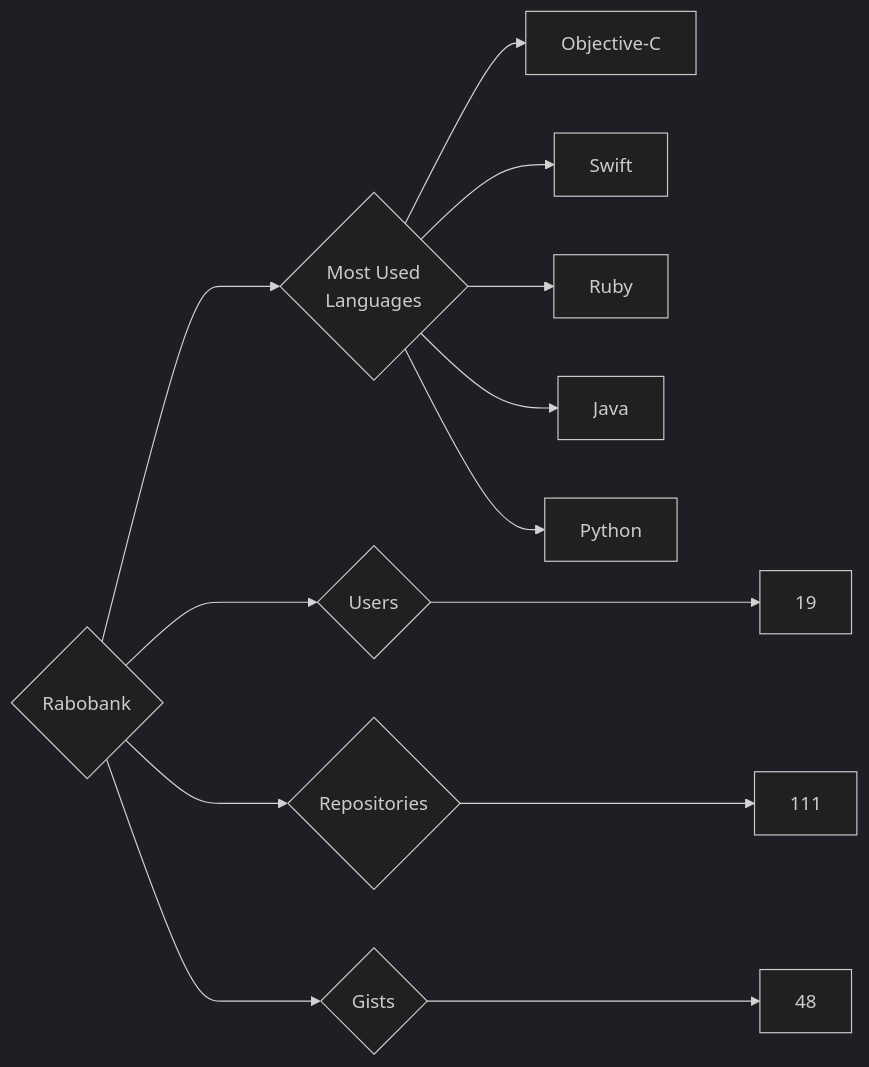
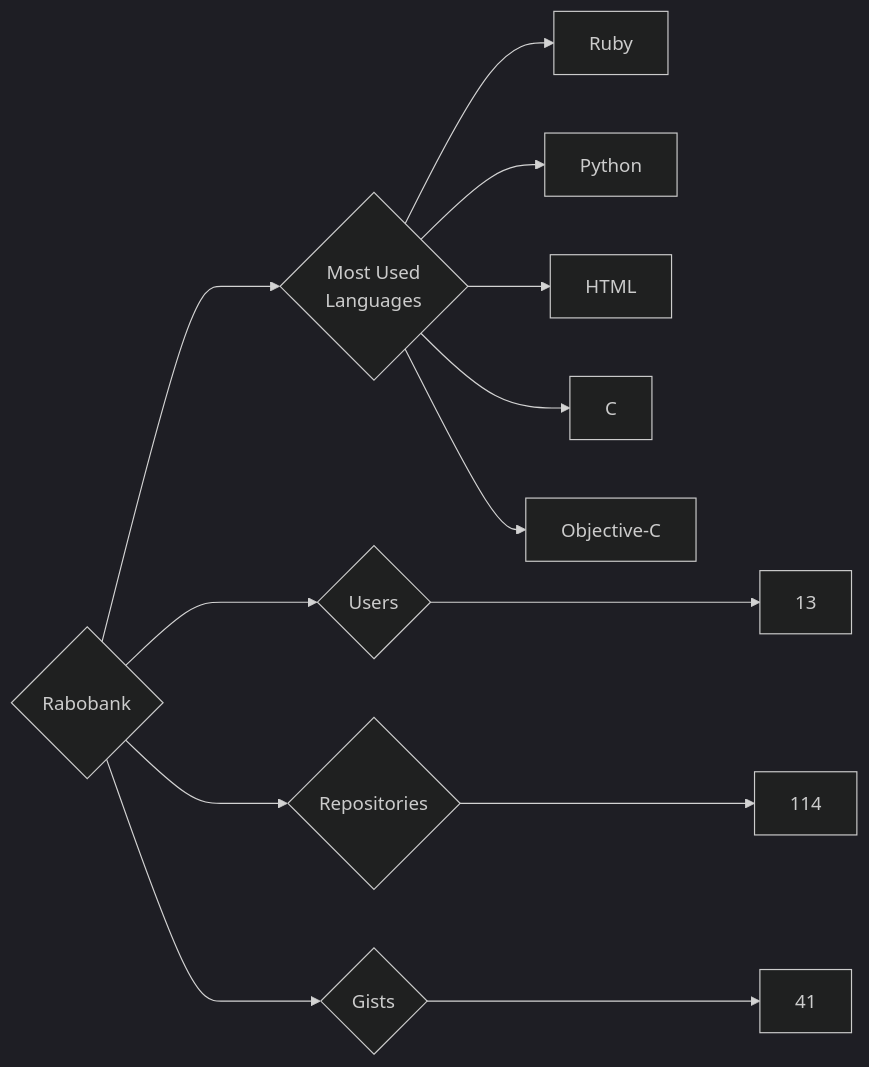
The diagram in targets/Rabobank/README.md (trickest/insiders), drawn with Mermaid (dark theme) before and after one commit. The commit also changed 912 other files, not shown here.

````diff
--- a/targets/Rabobank/README.md
+++ b/targets/Rabobank/README.md
@@ -3,13 +3,13 @@
 ```mermaid
 graph LR
 COMPANY_NAME{Rabobank}
-COMPANY_NAME ---> U{Users} ---> UN[19]
-COMPANY_NAME ---> R{Repositories} ---> RN[111]
-COMPANY_NAME ---> G{Gists} ---> GN[48]
+COMPANY_NAME ---> U{Users} ---> UN[13]
+COMPANY_NAME ---> R{Repositories} ---> RN[114]
+COMPANY_NAME ---> G{Gists} ---> GN[41]
 COMPANY_NAME ---> ML{Most Used<br>Languages}
+ML --> Ruby[Ruby]
+ML --> Python[Python]
+ML --> HTML[HTML]
+ML --> C[C]
 ML --> Objective-C[Objective-C]
-ML --> Swift[Swift]
-ML --> Ruby[Ruby]
-ML --> Java[Java]
-ML --> Python[Python]
 ```
````
